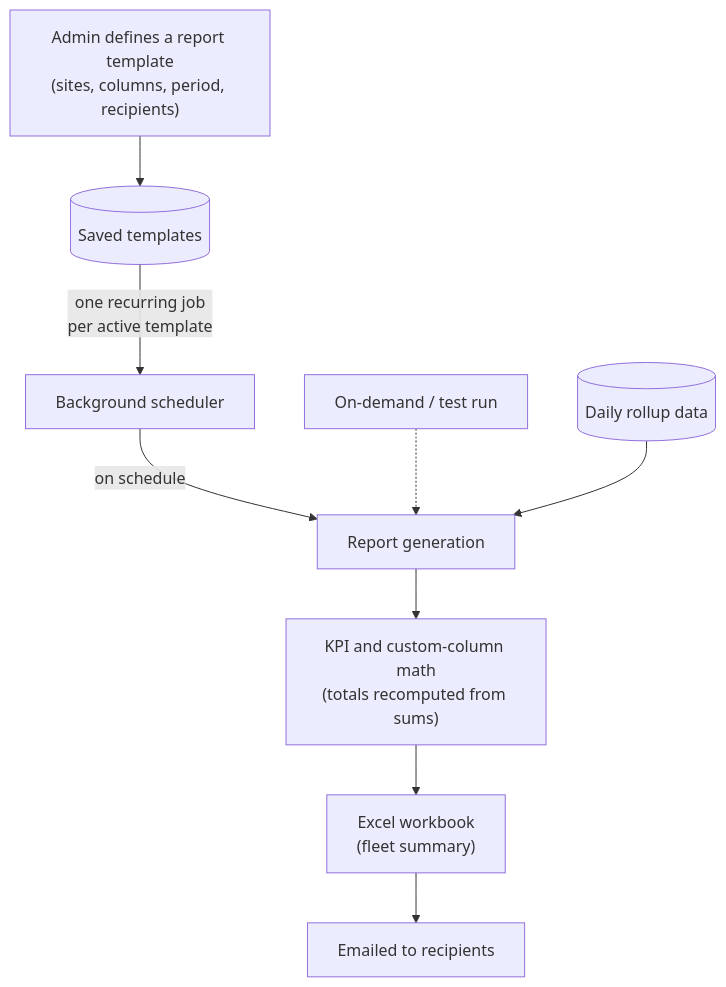
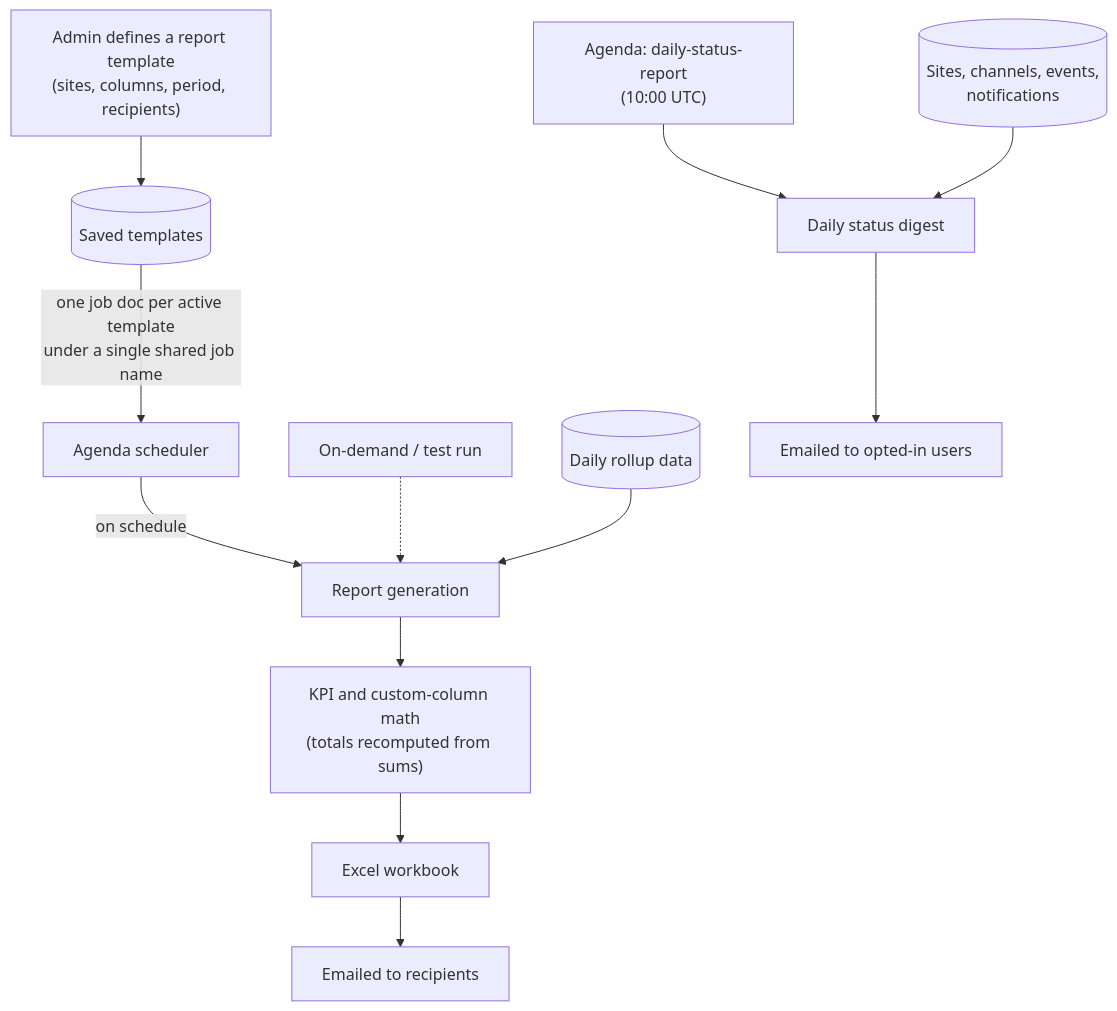
One commit to alamin-nifty/denowatts-dev-docs changed the diagram in flows/report.md. Above: the diagram before and after it, drawn with Mermaid. The commit also changed other lines of this file and 24 other files, not shown here.

````diff
--- a/flows/report.md
+++ b/flows/report.md
@@ -25,11 +31,15 @@
 ```mermaid
 flowchart TD
     ADMIN["Admin defines a report template<br/>(sites, columns, period, recipients)"] --> TPL[("Saved templates")]
-    TPL -->|"one recurring job<br/>per active template"| SCHED["Background scheduler"]
+    TPL -->|"one job doc per active template<br/>under a single shared job name"| SCHED["Agenda scheduler"]
     SCHED -->|"on schedule"| GEN["Report generation"]
     ONDEMAND["On-demand / test run"] -.-> GEN
     ROLLUP[("Daily rollup data")] --> GEN
     GEN --> KPI["KPI and custom-column math<br/>(totals recomputed from sums)"]
-    KPI --> XLS["Excel workbook<br/>(fleet summary)"]
+    KPI --> XLS["Excel workbook"]
     XLS --> EMAIL["Emailed to recipients"]
+
+    SCHED2["Agenda: daily-status-report<br/>(10:00 UTC)"] --> DSR["Daily status digest"]
+    OPS[("Sites, channels, events,<br/>notifications")] --> DSR
+    DSR --> DSREMAIL["Emailed to opted-in users"]
 ```
````
